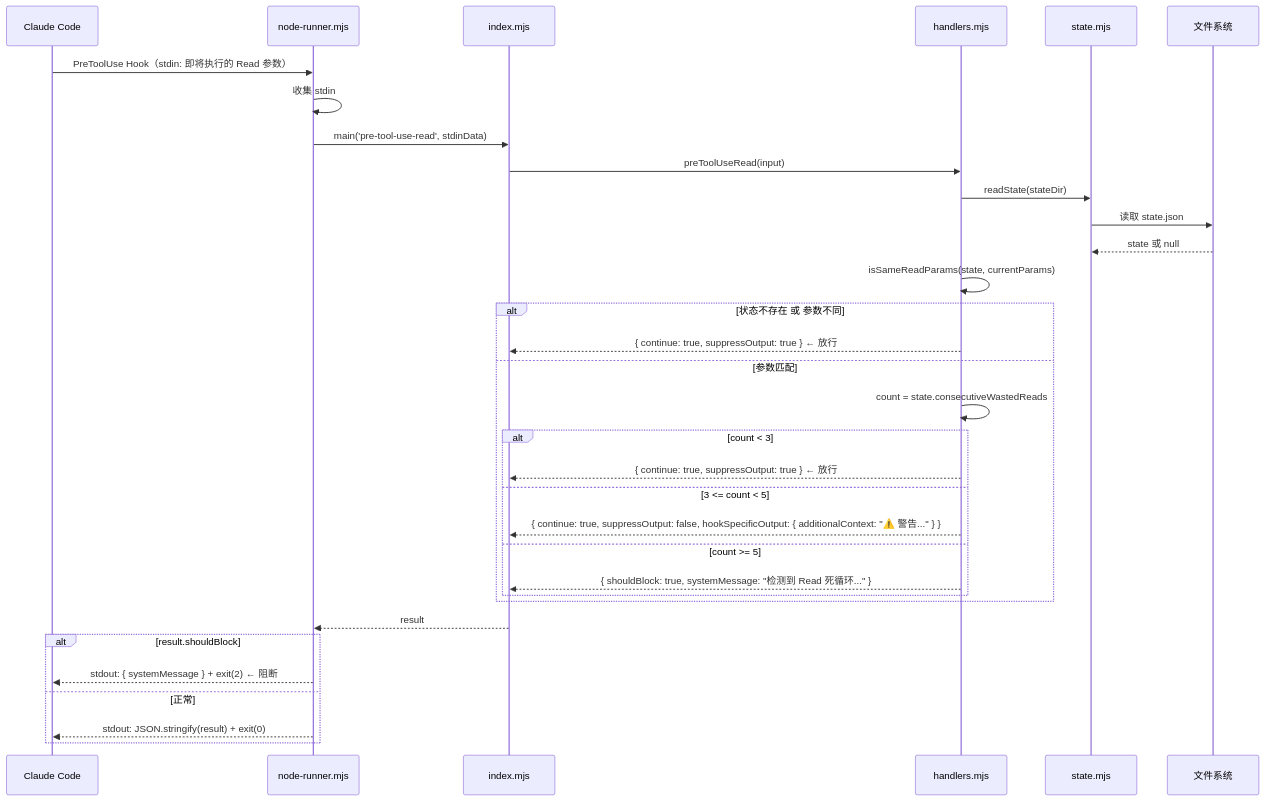
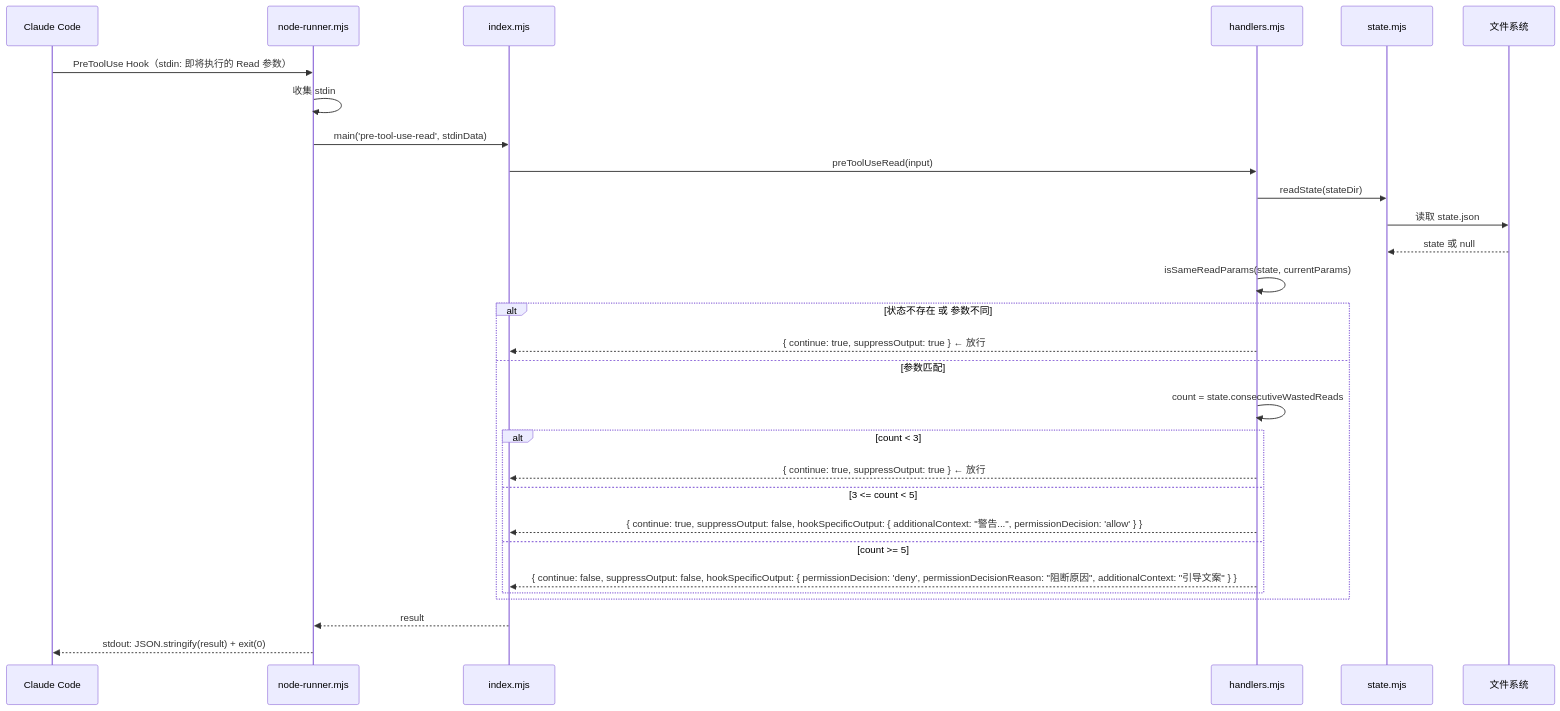
The third of 6 diagrams in docs/3. Workflow Overview.md (Lionad-Morotar/cc-break-dead-loop), drawn with Mermaid before and after one commit. The commit also changed other lines of this file and 6 other files, not shown here.

````diff
--- a/docs/3. Workflow Overview.md
+++ b/docs/3. Workflow Overview.md
@@ -87,38 +87,34 @@
 ```mermaid
 sequenceDiagram
   participant CC as Claude Code
   participant NR as node-runner.mjs
   participant IDX as index.mjs
   participant HND as handlers.mjs
   participant ST as state.mjs
   participant FS as 文件系统
 
   CC->>NR: PreToolUse Hook（stdin: 即将执行的 Read 参数）
   NR->>NR: 收集 stdin
   NR->>IDX: main('pre-tool-use-read', stdinData)
   IDX->>HND: preToolUseRead(input)
   HND->>ST: readState(stateDir)
   ST->>FS: 读取 state.json
   FS-->>ST: state 或 null
   HND->>HND: isSameReadParams(state, currentParams)
 
   alt 状态不存在 或 参数不同
     HND-->>IDX: { continue: true, suppressOutput: true } ← 放行
   else 参数匹配
     HND->>HND: count = state.consecutiveWastedReads
     alt count < 3
       HND-->>IDX: { continue: true, suppressOutput: true } ← 放行
     else 3 <= count < 5
-      HND-->>IDX: { continue: true, suppressOutput: false, hookSpecificOutput: { additionalContext: "⚠️ 警告..." } }
+      HND-->>IDX: { continue: true, suppressOutput: false, hookSpecificOutput: { additionalContext: "警告...", permissionDecision: 'allow' } }
     else count >= 5
-      HND-->>IDX: { shouldBlock: true, systemMessage: "检测到 Read 死循环..." }
+      HND-->>IDX: { continue: false, suppressOutput: false, hookSpecificOutput: { permissionDecision: 'deny', permissionDecisionReason: "阻断原因", additionalContext: "引导文案" } }
     end
   end
 
   IDX-->>NR: result
-  alt result.shouldBlock
-    NR-->>CC: stdout: { systemMessage } + exit(2) ← 阻断
-  else 正常
-    NR-->>CC: stdout: JSON.stringify(result) + exit(0)
-  end
+  NR-->>CC: stdout: JSON.stringify(result) + exit(0)
 ```
````
